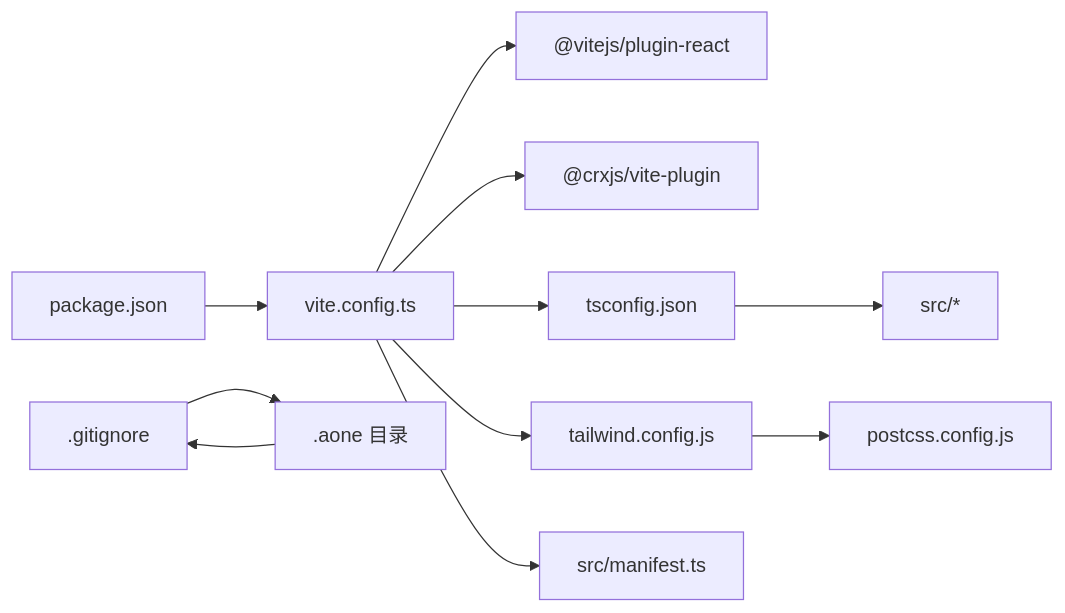
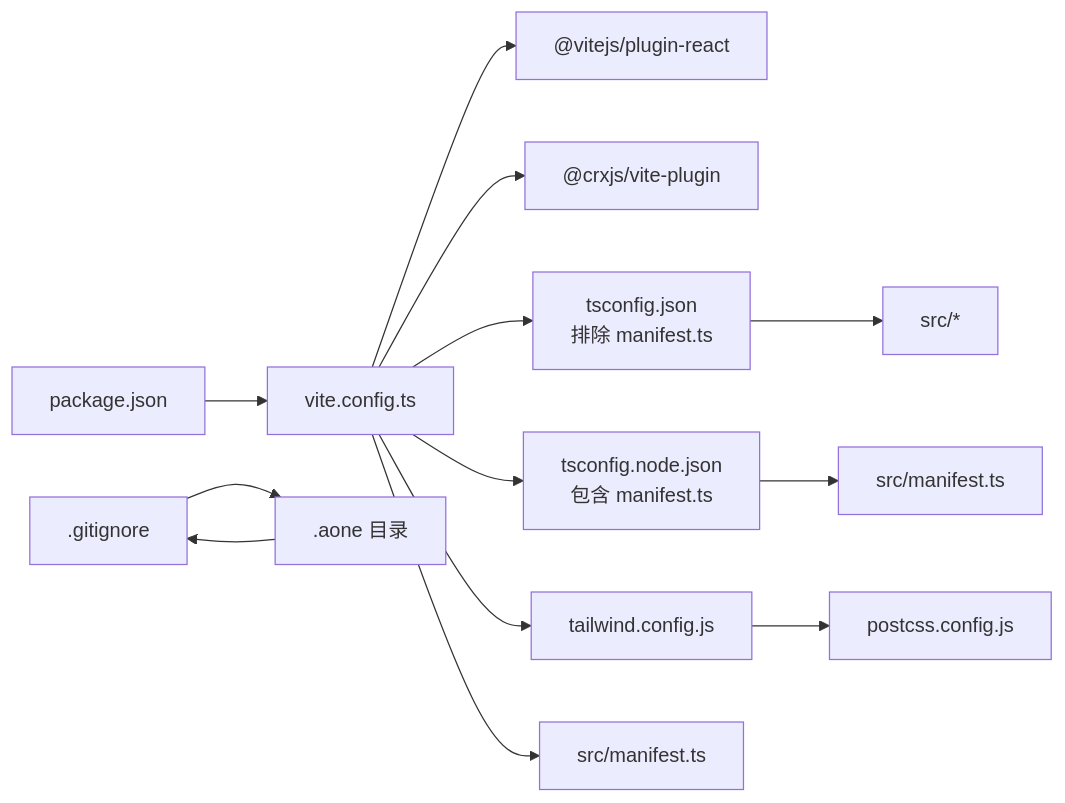
Before and after one commit to RadiumAg/bilibili-favorites: the seventh of 7 diagrams in .qoder/repowiki/zh/content/开发指南/构建配置详解.md, drawn with Mermaid. The commit also changed other lines of this file and 3 other files, not shown here.

````diff
--- a/.qoder/repowiki/zh/content/开发指南/构建配置详解.md
+++ b/.qoder/repowiki/zh/content/开发指南/构建配置详解.md
@@ -334,13 +345,15 @@
 ```mermaid
 graph LR
 P["package.json"] --> V["vite.config.ts"]
 V --> R["@vitejs/plugin-react"]
 V --> C["@crxjs/vite-plugin"]
-V --> TSC["tsconfig.json"]
+V --> TSC["tsconfig.json<br/>排除 manifest.ts"]
+V --> TSCN["tsconfig.node.json<br/>包含 manifest.ts"]
 TSC --> SRC["src/*"]
+TSCN --> MAN["src/manifest.ts"]
 V --> TW["tailwind.config.js"]
 TW --> PC["postcss.config.js"]
 V --> M["src/manifest.ts"]
 GI[".gitignore"] --> AONE[".aone 目录"]
 AONE --> GI
 ```
````
